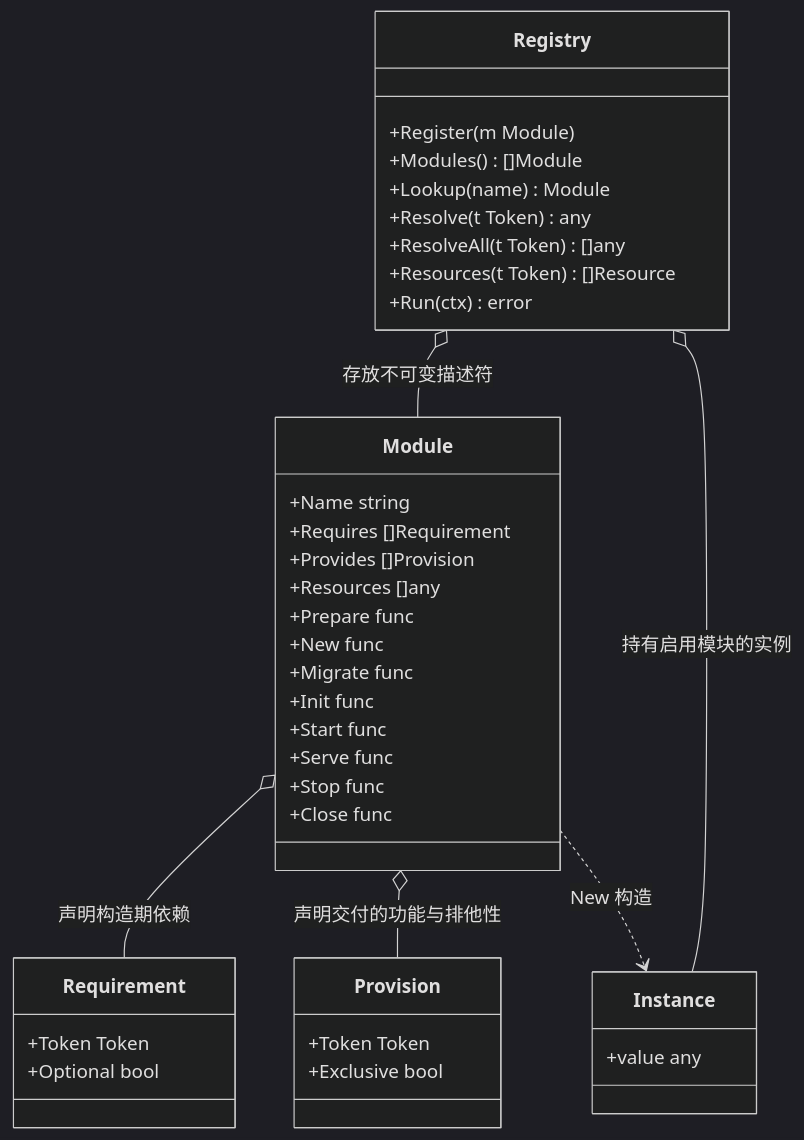
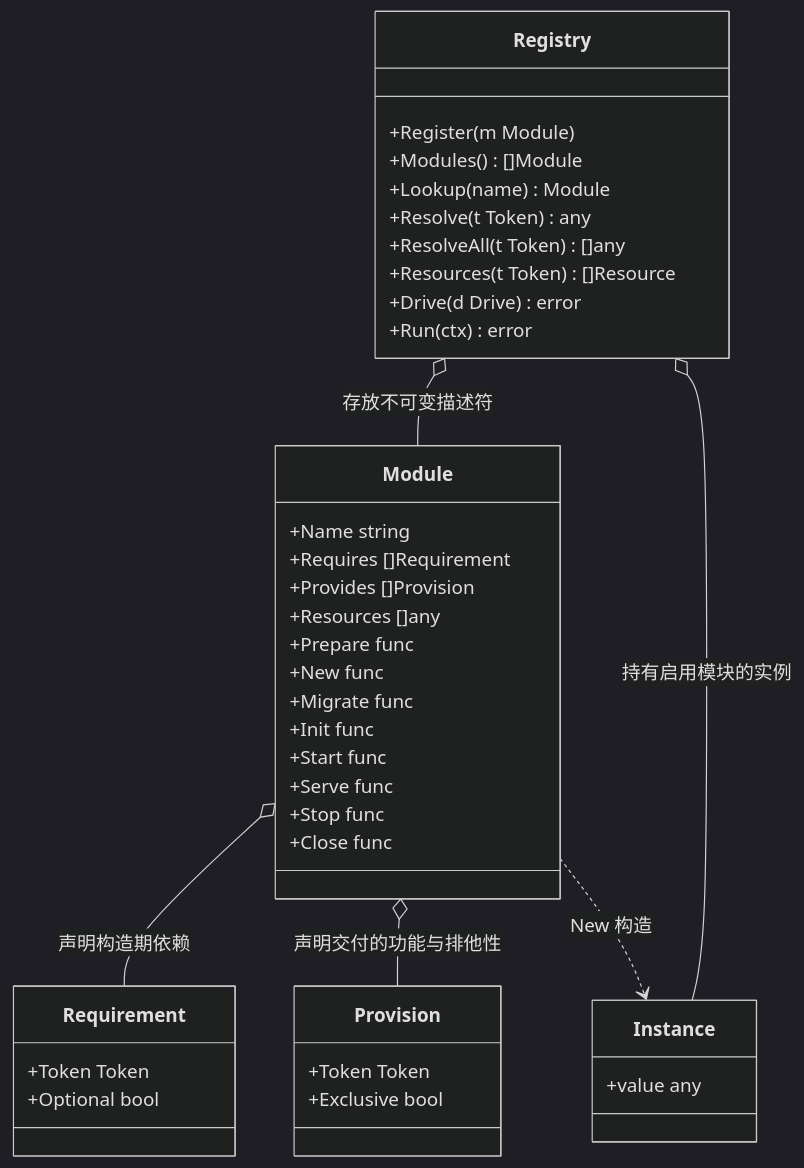
Before and after one commit to wangzw/speed: the first of 2 diagrams in docs/design/modules/design-core.md, drawn with Mermaid (dark theme). The commit also changed other lines of this file and 40 other files, not shown here.

````diff
--- a/docs/design/modules/design-core.md
+++ b/docs/design/modules/design-core.md
@@ -243,43 +249,44 @@
 ```mermaid
 classDiagram
     class Module {
         +Name string
         +Requires []Requirement
         +Provides []Provision
         +Resources []any
         +Prepare func
         +New func
         +Migrate func
         +Init func
         +Start func
         +Serve func
         +Stop func
         +Close func
     }
     class Requirement {
         +Token Token
         +Optional bool
     }
     class Provision {
         +Token Token
         +Exclusive bool
     }
     class Registry {
         +Register(m Module)
         +Modules() []Module
         +Lookup(name) Module
         +Resolve(t Token) any
         +ResolveAll(t Token) []any
         +Resources(t Token) []Resource
+        +Drive(d Drive) error
         +Run(ctx) error
     }
     class Instance {
         +value any
     }
 
     Module o-- Requirement : 声明构造期依赖
     Module o-- Provision : 声明交付的功能与排他性
     Registry o-- Module : 存放不可变描述符
     Registry o-- Instance : 持有启用模块的实例
     Module ..> Instance : New 构造
 ```
````
